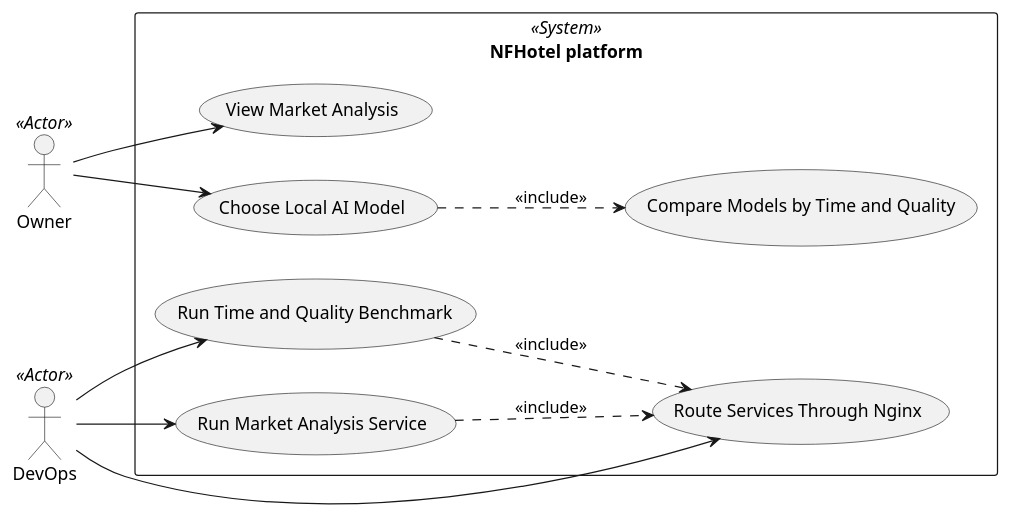
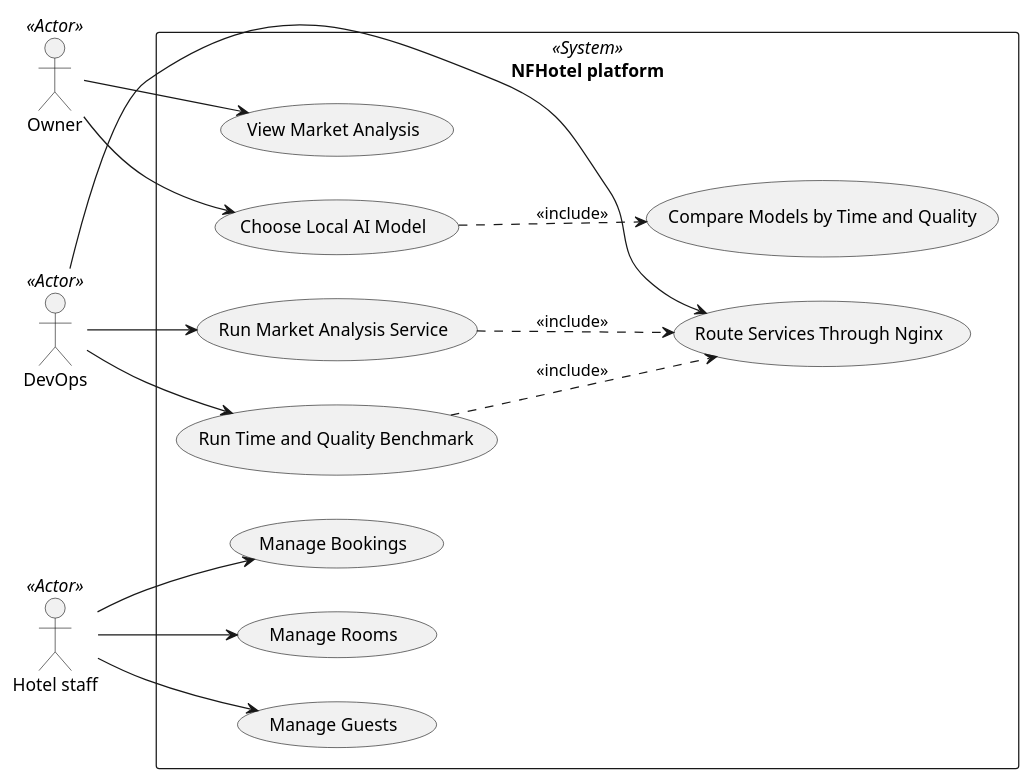
Before and after one commit to NF-Hotel/NFHotel: the diagram in docs/use-case-diagram.md, drawn with PlantUML. The commit also changed other lines of this file and 11 other files, not shown here.

First line of the commit message:
Add the hotel staff actor, stories and three use cases

````diff
--- a/docs/use-case-diagram.md
+++ b/docs/use-case-diagram.md
@@ -31,23 +31,30 @@
 ```plantuml
 @startuml
 left to right direction
 actor "Owner" as Owner <<Actor>>
 actor "DevOps" as DevOps <<Actor>>
+actor "Hotel staff" as Staff <<Actor>>
 rectangle "NFHotel platform" <<System>> {
   usecase "View Market Analysis" as UC1
   usecase "Choose Local AI Model" as UC2
   usecase "Route Services Through Nginx" as UC3
   usecase "Run Time and Quality Benchmark" as UC4
   usecase "Run Market Analysis Service" as UC5
   usecase "Compare Models by Time and Quality" as UC6
+  usecase "Manage Bookings" as UC7
+  usecase "Manage Rooms" as UC8
+  usecase "Manage Guests" as UC9
 }
 Owner --> UC1
 Owner --> UC2
 DevOps --> UC3
 DevOps --> UC4
 DevOps --> UC5
+Staff --> UC7
+Staff --> UC8
+Staff --> UC9
 UC2 ..> UC6 : <<include>>
 UC4 ..> UC3 : <<include>>
 UC5 ..> UC3 : <<include>>
 @enduml
 ```
````
